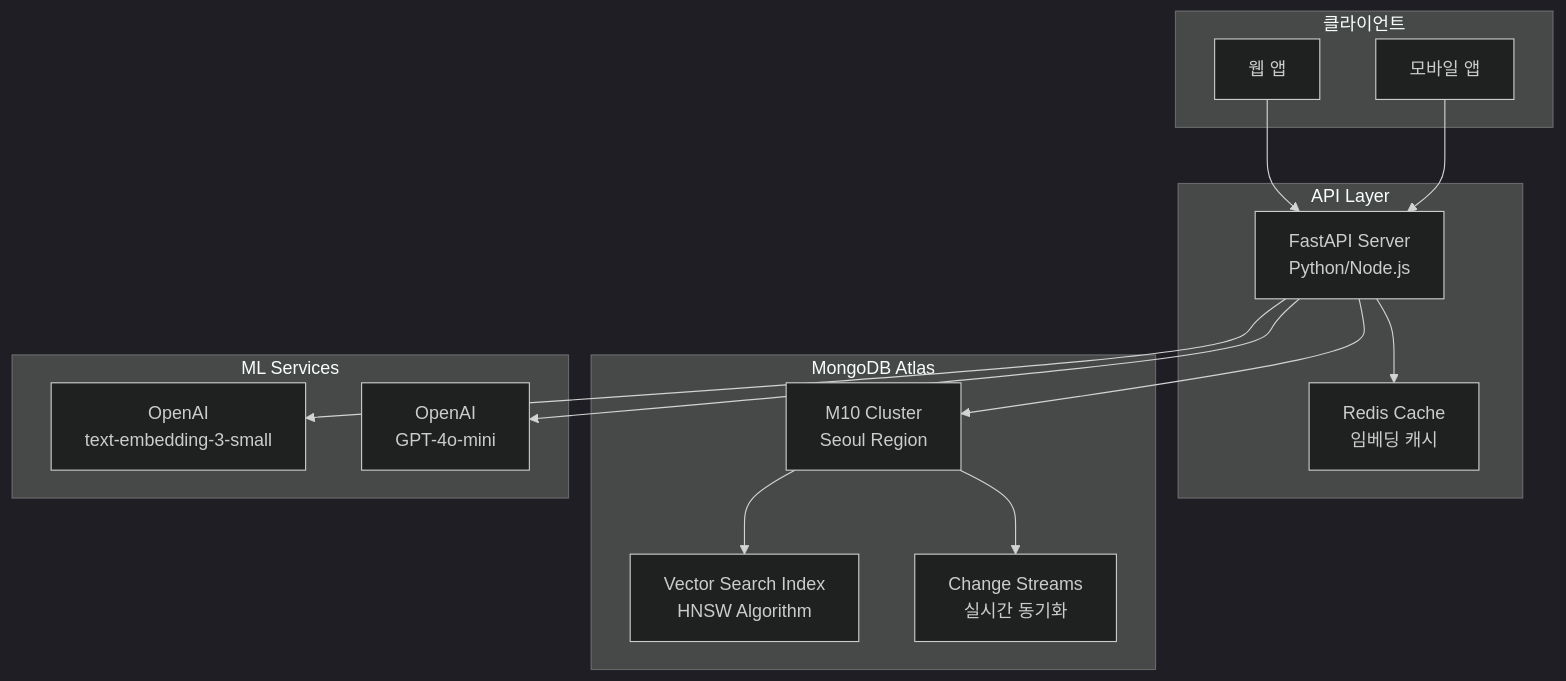
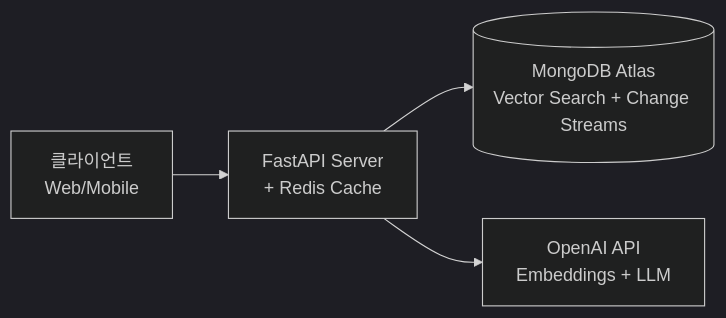
One commit to arabangoo/rag_vectordb_guide changed the third of 3 diagrams in mongodb_rag_guide/README.md. Above: the diagram before and after it, drawn with Mermaid (dark theme). The commit also changed other lines of this file, not shown here.

Commit message:
Revise architecture diagram for clarity
Updated architecture diagram to simplify client and API representation.

````diff
--- a/mongodb_rag_guide/README.md
+++ b/mongodb_rag_guide/README.md
@@ -183,32 +183,6 @@
 ```mermaid
-graph TB
-    subgraph Client["클라이언트"]
-        Web[웹 앱]
-        Mobile[모바일 앱]
-    end
-
-    subgraph API["API Layer"]
-        FastAPI[FastAPI Server<br/>Python/Node.js]
-        Cache[Redis Cache<br/>임베딩 캐시]
-    end
-
-    subgraph MongoDB["MongoDB Atlas"]
-        Cluster[M10 Cluster<br/>Seoul Region]
-        VectorIndex[Vector Search Index<br/>HNSW Algorithm]
-        ChangeStreams[Change Streams<br/>실시간 동기화]
-    end
-
-    subgraph ML["ML Services"]
-        OpenAI_Embed[OpenAI<br/>text-embedding-3-small]
-        OpenAI_LLM[OpenAI<br/>GPT-4o-mini]
-    end
-
-    Web --> FastAPI
-    Mobile --> FastAPI
-    FastAPI --> Cache
-    FastAPI --> Cluster
-    Cluster --> VectorIndex
-    Cluster --> ChangeStreams
-    FastAPI --> OpenAI_Embed
-    FastAPI --> OpenAI_LLM
+graph LR
+    Client[클라이언트<br/>Web/Mobile] --> FastAPI[FastAPI Server<br/>+ Redis Cache]
+    FastAPI --> MongoDB[(MongoDB Atlas<br/>Vector Search + Change Streams)]
+    FastAPI --> OpenAI[OpenAI API<br/>Embeddings + LLM]
 ```
````
